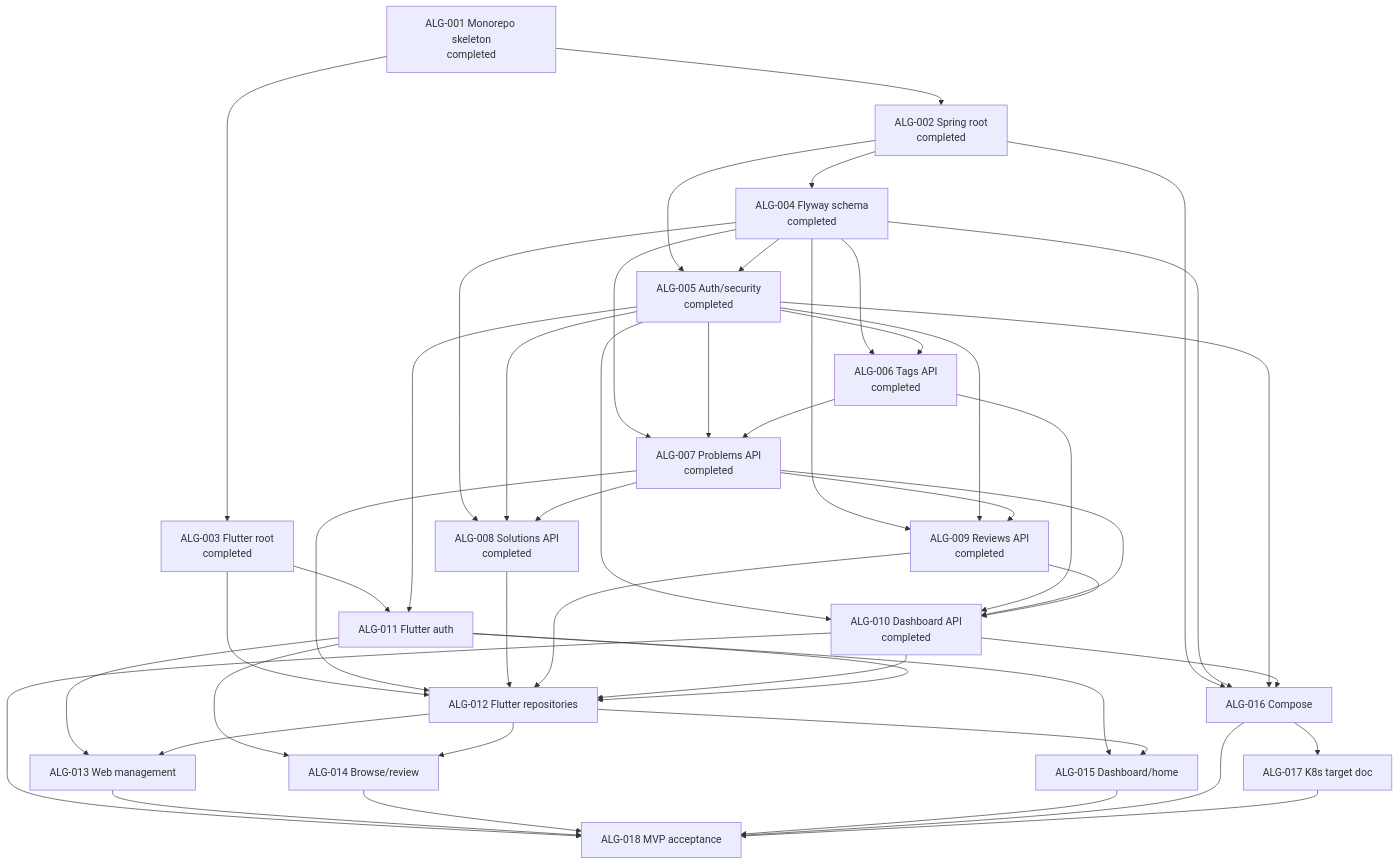
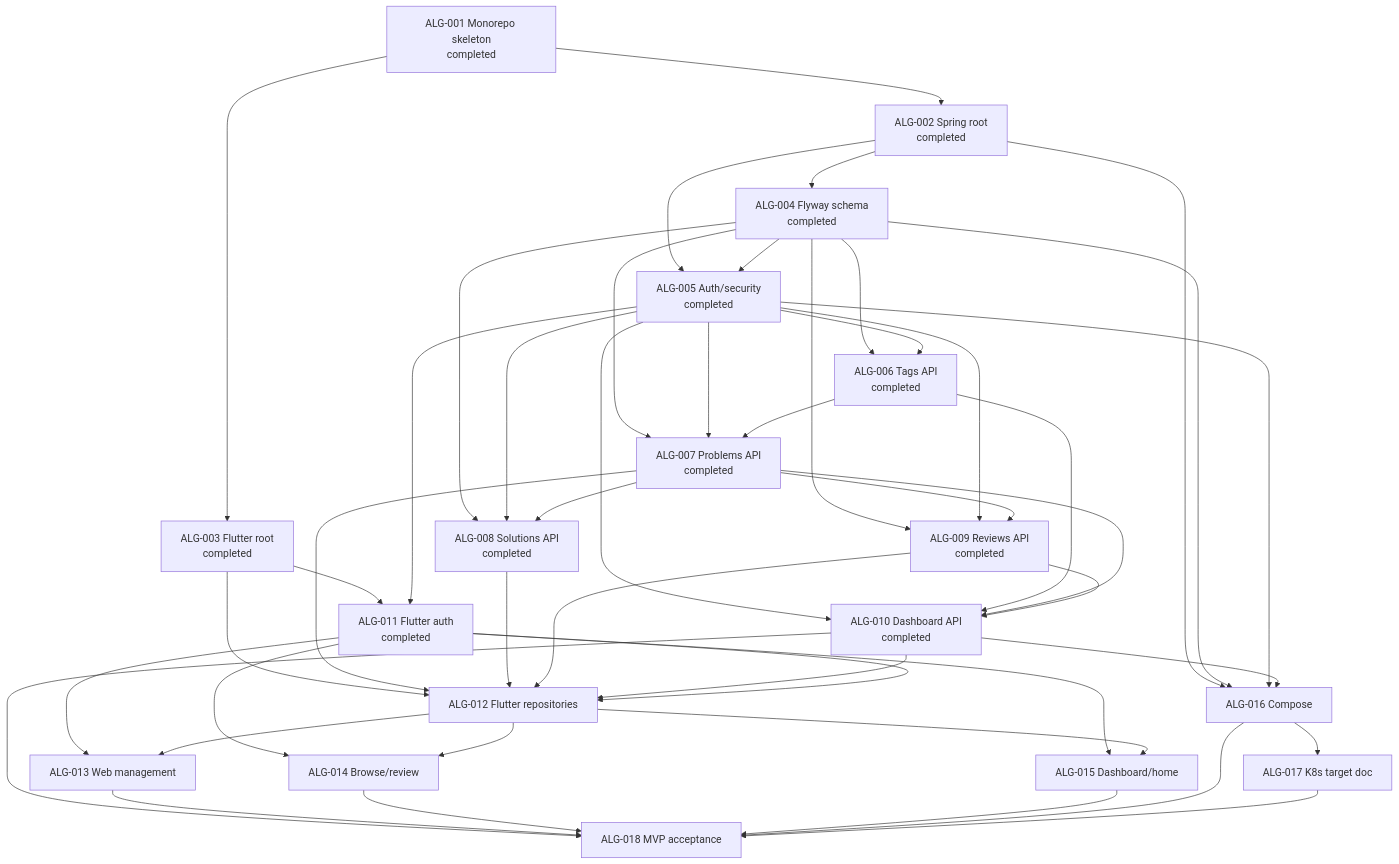
Before and after one commit to allenljf/algorithm-learning: the diagram in agent-workflow/WORK_GRAPH.md, drawn with Mermaid. The commit also changed 5 other files, not shown here.

Commit message:
feat: add Flutter auth session flow

````diff
--- a/agent-workflow/WORK_GRAPH.md
+++ b/agent-workflow/WORK_GRAPH.md
@@ -3,67 +3,67 @@
 ```mermaid
 flowchart TD
   T1[ALG-001 Monorepo skeleton\ncompleted]
   T2[ALG-002 Spring root\ncompleted]
   T3[ALG-003 Flutter root\ncompleted]
   T4[ALG-004 Flyway schema\ncompleted]
   T5[ALG-005 Auth/security\ncompleted]
   T6[ALG-006 Tags API\ncompleted]
   T7[ALG-007 Problems API\ncompleted]
   T8[ALG-008 Solutions API\ncompleted]
   T9[ALG-009 Reviews API\ncompleted]
   T10[ALG-010 Dashboard API\ncompleted]
-  T11[ALG-011 Flutter auth]
+  T11[ALG-011 Flutter auth\ncompleted]
   T12[ALG-012 Flutter repositories]
   T13[ALG-013 Web management]
   T14[ALG-014 Browse/review]
   T15[ALG-015 Dashboard/home]
   T16[ALG-016 Compose]
   T17[ALG-017 K8s target doc]
   T18[ALG-018 MVP acceptance]
 
   T1 --> T2
   T1 --> T3
   T2 --> T4
   T2 --> T5
   T4 --> T5
   T4 --> T6
   T5 --> T6
   T4 --> T7
   T5 --> T7
   T6 --> T7
   T4 --> T8
   T5 --> T8
   T7 --> T8
   T4 --> T9
   T5 --> T9
   T7 --> T9
   T5 --> T10
   T6 --> T10
   T7 --> T10
   T9 --> T10
   T3 --> T11
   T5 --> T11
   T3 --> T12
   T7 --> T12
   T8 --> T12
   T9 --> T12
   T10 --> T12
   T11 --> T12
   T11 --> T13
   T12 --> T13
   T11 --> T14
   T12 --> T14
   T11 --> T15
   T12 --> T15
   T2 --> T16
   T4 --> T16
   T5 --> T16
   T10 --> T16
   T16 --> T17
   T10 --> T18
   T13 --> T18
   T14 --> T18
   T15 --> T18
   T16 --> T18
   T17 --> T18
 ```
````
